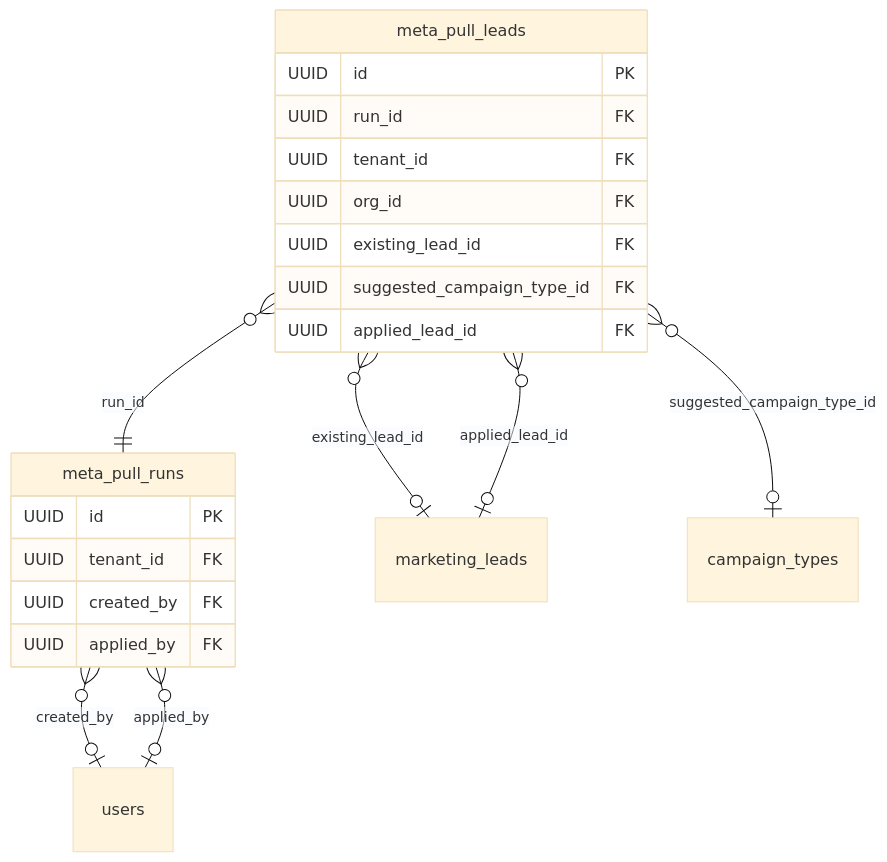
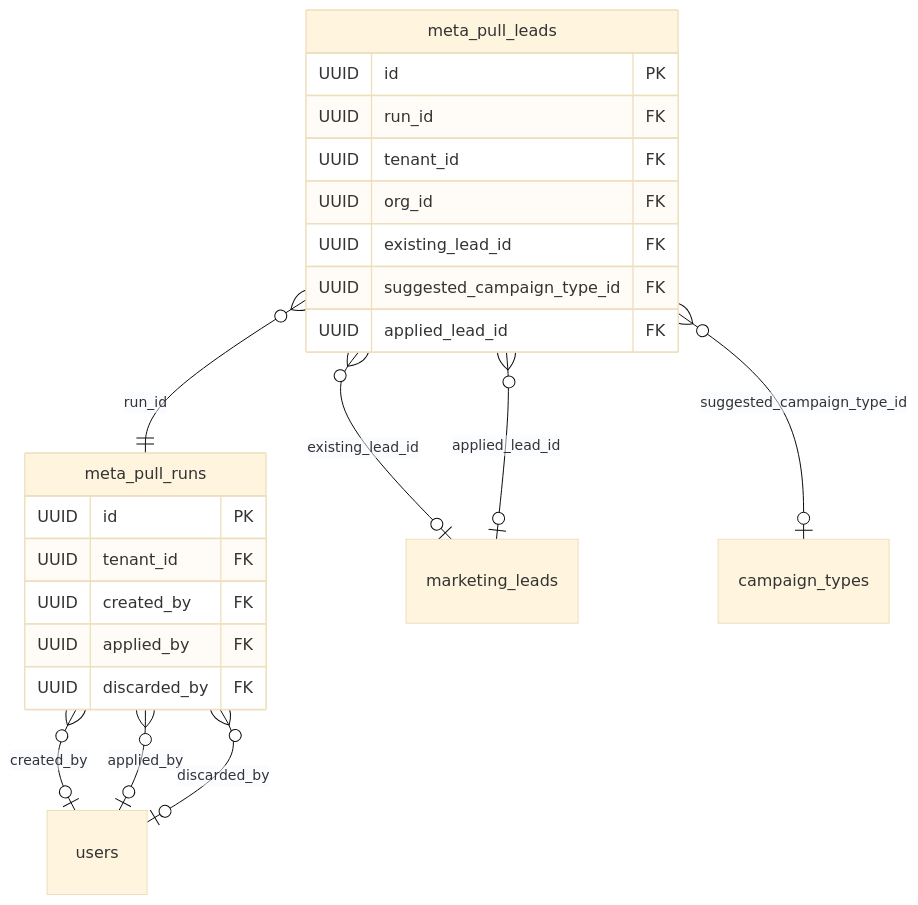
Diagram 13 of 14 in docs/DB_model.md (nitin-girdhar/msq-platforms), drawn with Mermaid (base theme) before and after one commit. The commit also changed other lines of this file and 212 other files, not shown here.

````diff
--- a/docs/DB_model.md
+++ b/docs/DB_model.md
@@ -928,24 +976,26 @@
 ```mermaid
 erDiagram
   meta_pull_runs {
     UUID id PK
     UUID tenant_id FK
     UUID created_by FK
     UUID applied_by FK
+    UUID discarded_by FK
   }
   meta_pull_leads {
     UUID id PK
     UUID run_id FK
     UUID tenant_id FK
     UUID org_id FK
     UUID existing_lead_id FK
     UUID suggested_campaign_type_id FK
     UUID applied_lead_id FK
   }
   meta_pull_runs }o--o| users : "created_by"
   meta_pull_runs }o--o| users : "applied_by"
+  meta_pull_runs }o--o| users : "discarded_by"
   meta_pull_leads }o--|| meta_pull_runs : "run_id"
   meta_pull_leads }o--o| marketing_leads : "existing_lead_id"
   meta_pull_leads }o--o| campaign_types : "suggested_campaign_type_id"
   meta_pull_leads }o--o| marketing_leads : "applied_lead_id"
 ```
````
